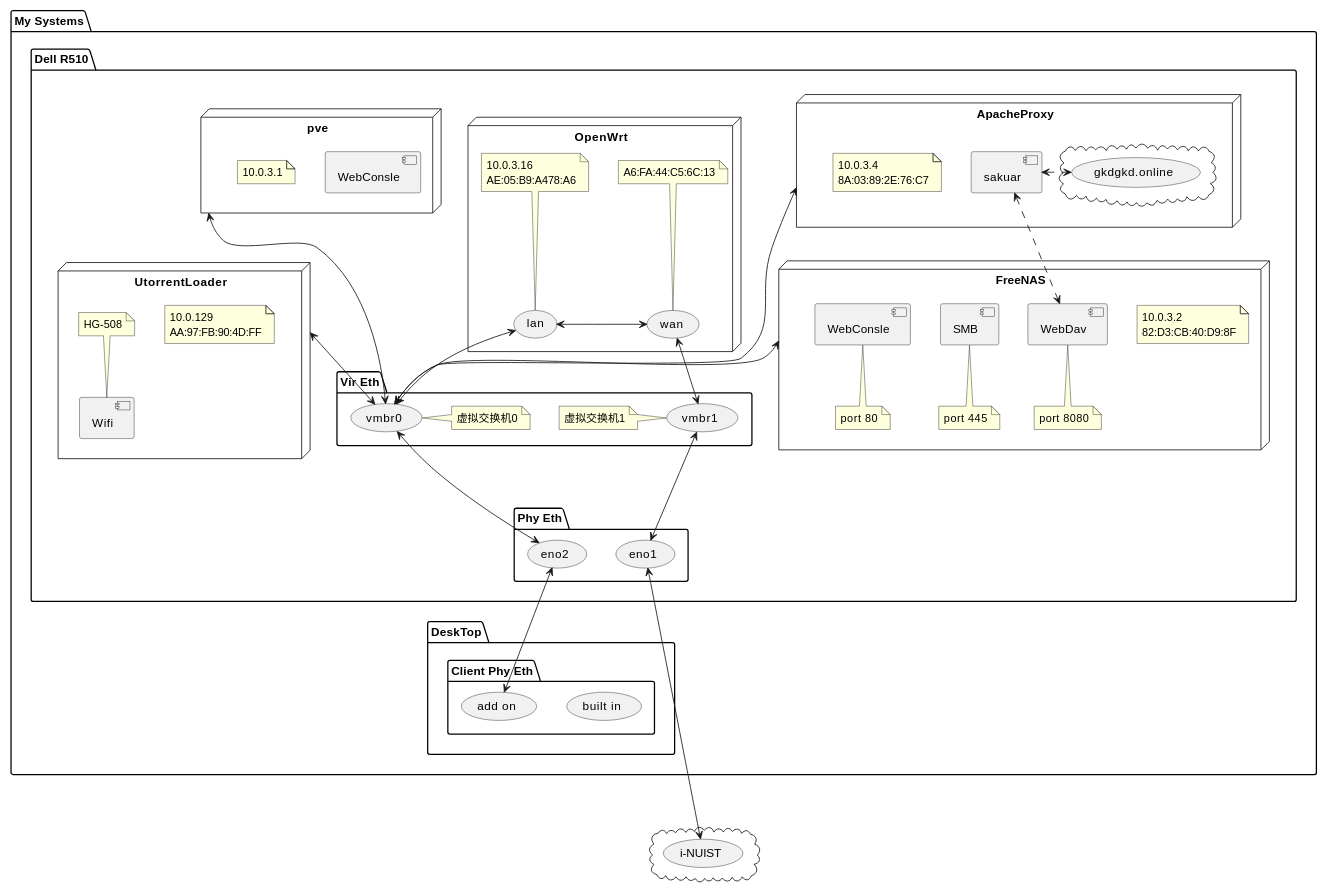
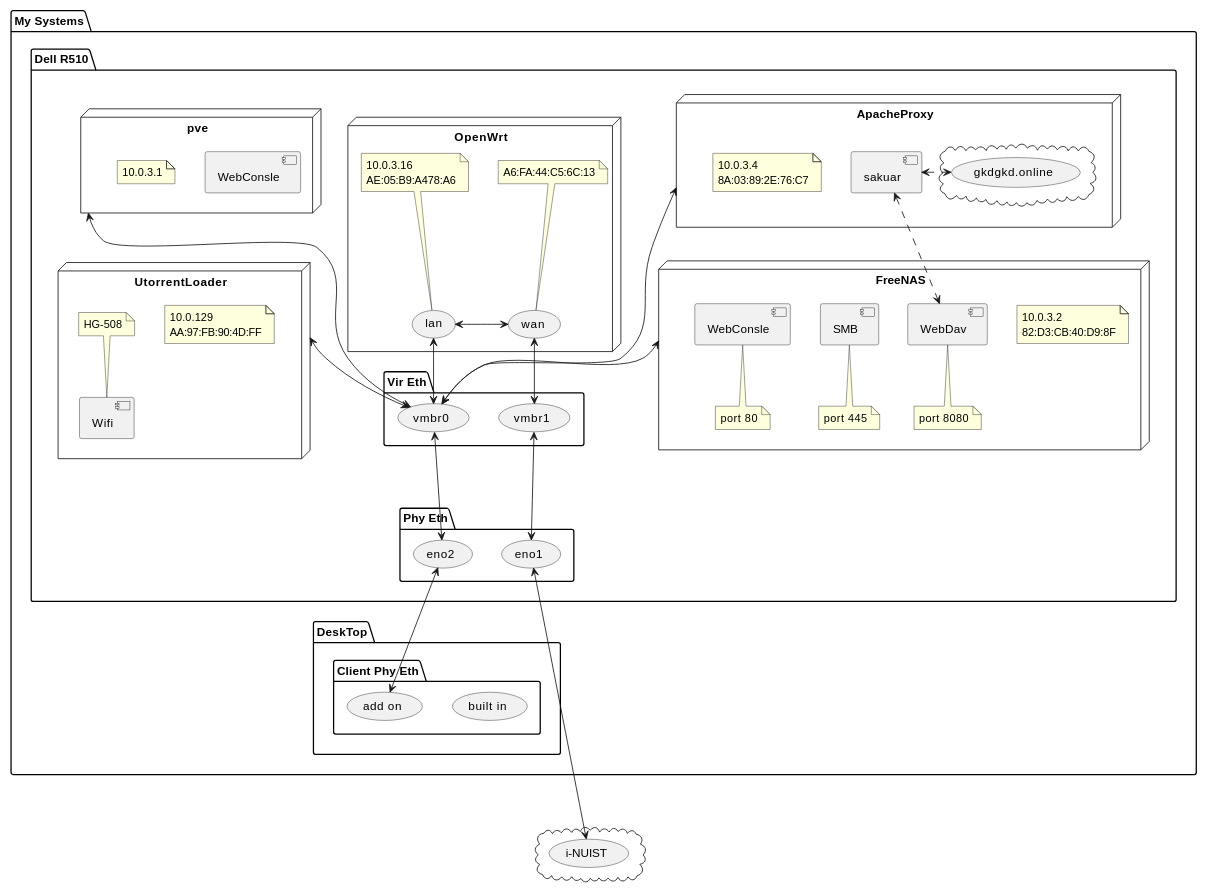
The first of 3 diagrams in Notes/MyServer.md (A0nameless0man/Pile), drawn with PlantUML before and after one commit.

Commit message:
remove unused comment

````diff
--- a/Notes/MyServer.md
+++ b/Notes/MyServer.md
@@ -5,71 +5,69 @@
 ```puml
 scale 0.8
 cloud {
 (i-NUIST) as eth
 }
 package "My Systems"{
 
 package "Dell R510"{
   package "Phy Eth"{
     (eno1) as pe1
     (eno2) as pe2
   }
   package "Vir Eth"{
     (vmbr0) as ve0
-    note right: 虚拟交换机0
     (vmbr1) as ve1
-    note left: 虚拟交换机1
   }
   node "FreeNAS" as fn{
     note "10.0.3.2\n82:D3:CB:40:D9:8F" as fnaddr
     [WebDav] as WebDav
     note bottom : port 8080
     [SMB] as smb
     note bottom : port 445
     [WebConsle] as fnwc
     note bottom : port 80
   }
   node ApacheProxy as ap{
     note "10.0.3.4\n8A:03:89:2E:76:C7" as apaddr
     cloud {
       (gkdgkd.online) as gkd
     }
     [sakuar] as sa
     sa <.> gkd
   }
   node UtorrentLoader as ul{
     note "10.0.129\nAA:97:FB:90:4D:FF" as uladdr
     [Wifi] as wifi
     note top : HG-508
   }
   node "OpenWrt" as ow{
     (lan)
     note top : 10.0.3.16\nAE:05:B9:A478:A6
     (wan)
     note top : A6:FA:44:C5:6C:13
     (lan) <-> (wan)
   }
   node pve{
     [WebConsle] as wc
     note "10.0.3.1" as pveaddr
   }
   ve0 <-d--> pe2
   ve1 <-d--> pe1
   ve0 <-u-> lan
   ve1 <-u-> wan
   sa <.-> WebDav
   fn <--> ve0
   ap <--> ve0
   ul <--> ve0
   pve <---> ve0
 }
 package "DeskTop" as client{
     package "Client Phy Eth"{
     (built in) as cpe1
     (add on) as cpe2
   }
 }
 }
 pe2 <--> cpe2
 pe1 <----> eth
 ```
````
